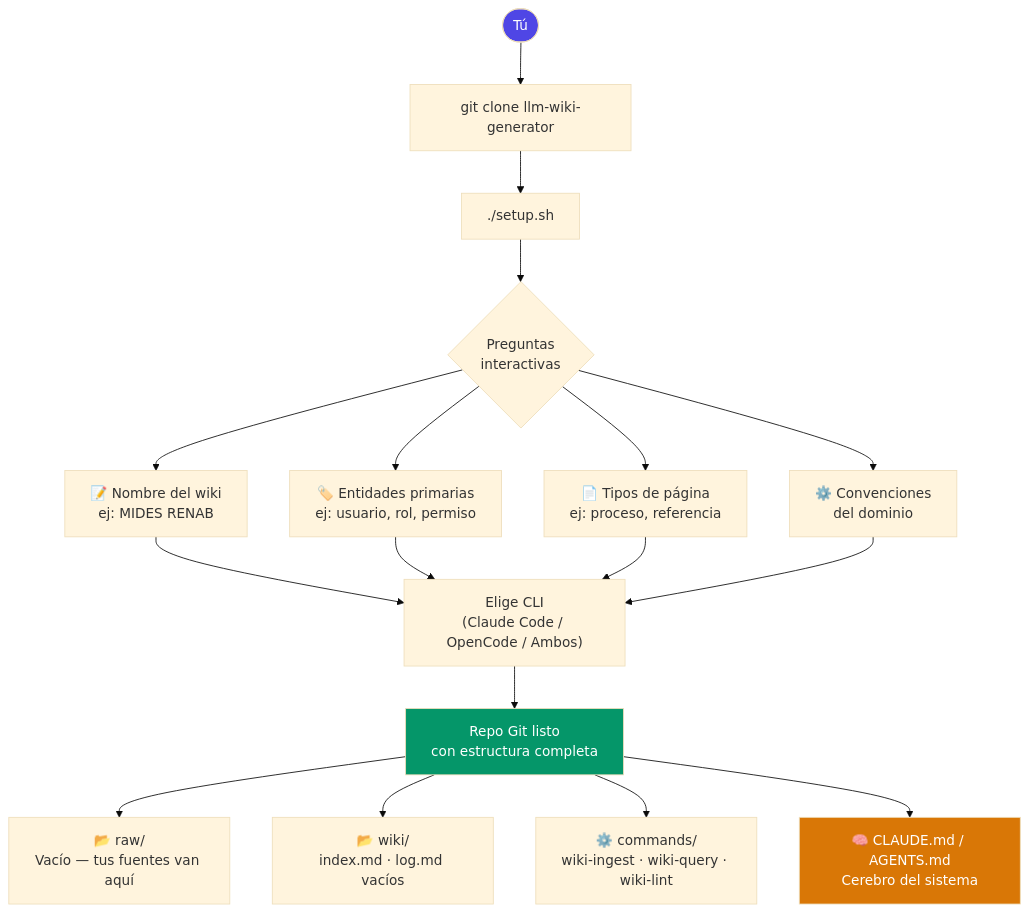
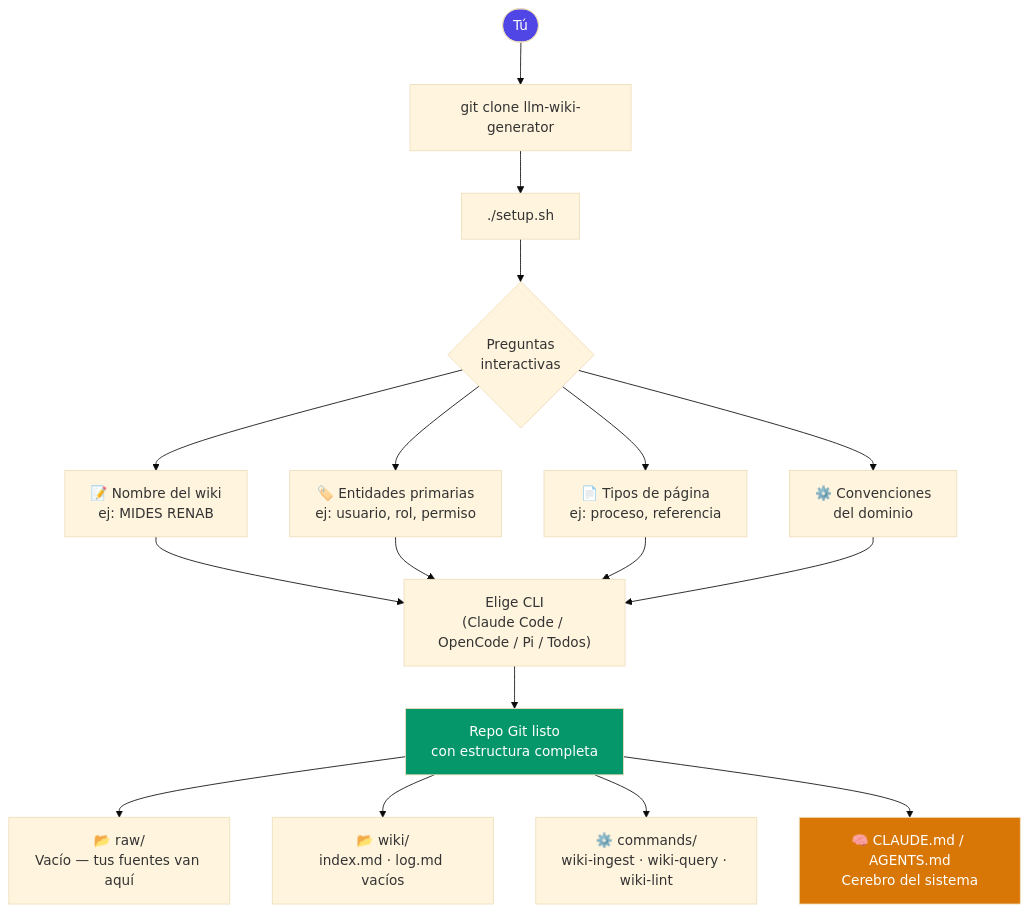
One commit to DavDaz/llm-wiki-generator changed the first of 2 diagrams in README.md. Above: the diagram before and after it, drawn with Mermaid (base theme). The commit also changed other lines of this file and 5 other files, not shown here.

````diff
--- a/README.md
+++ b/README.md
@@ -13,24 +13,24 @@
 ```mermaid
 flowchart TD
     A([Tú]) --> B["git clone llm-wiki-generator"]
     B --> C["./setup.sh"]
 
     C --> D{"Preguntas<br/>interactivas"}
     D --> D1["📝 Nombre del wiki<br/>ej: MIDES RENAB"]
     D --> D2["🏷️ Entidades primarias<br/>ej: usuario, rol, permiso"]
     D --> D3["📄 Tipos de página<br/>ej: proceso, referencia"]
     D --> D4["⚙️ Convenciones<br/>del dominio"]
 
-    D1 & D2 & D3 & D4 --> E["Elige CLI<br/>(Claude Code / OpenCode / Ambos)"]
+    D1 & D2 & D3 & D4 --> E["Elige CLI<br/>(Claude Code / OpenCode / Pi / Todos)"]
 
     E --> F["Repo Git listo<br/>con estructura completa"]
 
     F --> G["📂 raw/<br/>Vacío — tus fuentes van aquí"]
     F --> H["📂 wiki/<br/>index.md · log.md vacíos"]
     F --> I["⚙️ commands/<br/>wiki-ingest · wiki-query · wiki-lint"]
     F --> J["🧠 CLAUDE.md / AGENTS.md<br/>Cerebro del sistema"]
 
     style A fill:#4f46e5,color:#fff
     style F fill:#059669,color:#fff
     style J fill:#d97706,color:#fff
 ```
````
